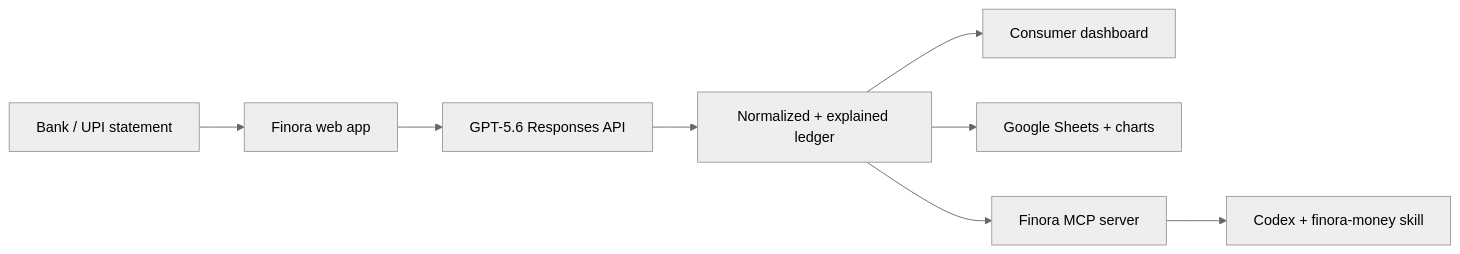
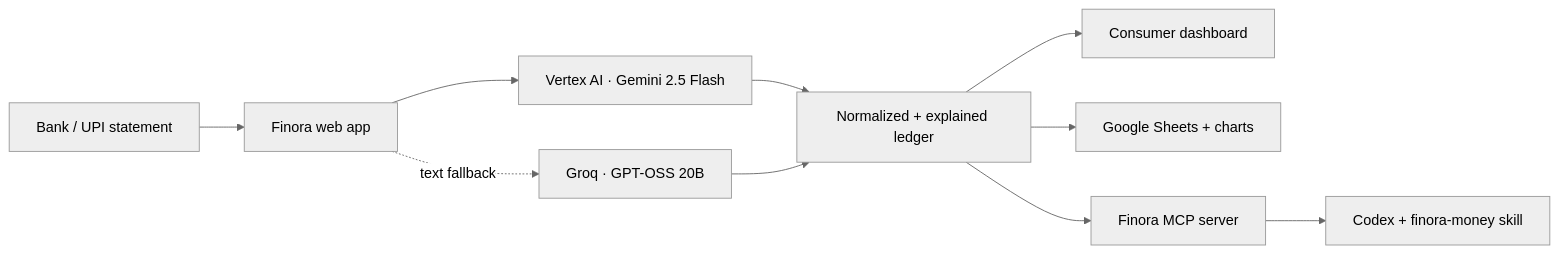
One commit to AdarshSingh-ASR/Finora changed the diagram in README.md. Above: the diagram before and after it, drawn with Mermaid (neutral theme). The commit also changed other lines of this file and 14 other files, not shown here.

Commit message:
Use Vertex Gemini with Groq fallback

````diff
--- a/README.md
+++ b/README.md
@@ -114,10 +124,12 @@
 ```mermaid
 flowchart LR
   A["Bank / UPI statement"] --> B["Finora web app"]
-  B --> C["GPT-5.6 Responses API"]
+  B --> C["Vertex AI · Gemini 2.5 Flash"]
   C --> D["Normalized + explained ledger"]
+  B -. text fallback .-> I["Groq · GPT-OSS 20B"]
+  I --> D
   D --> E["Consumer dashboard"]
   D --> F["Google Sheets + charts"]
   D --> G["Finora MCP server"]
   G --> H["Codex + finora-money skill"]
 ```
````
